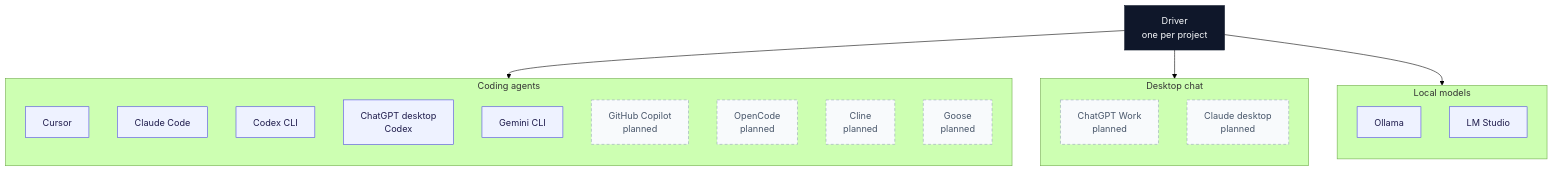
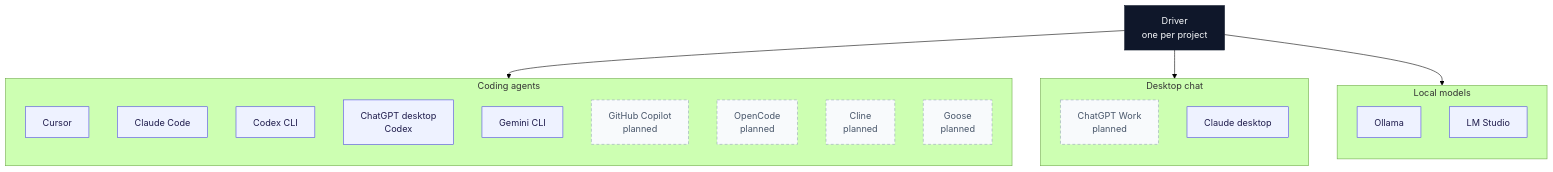
Before and after one commit to zlatko-lakisic/agent-coop: the diagram in README.md, drawn with Mermaid (forest theme). The commit also changed other lines of this file and 26 other files, not shown here.

Commit message:
Add Claude desktop as an outbox helper.

````diff
--- a/README.md
+++ b/README.md
@@ -19,41 +19,41 @@
 ```mermaid
 flowchart TB
   driver["Driver<br/>one per project"]
 
   driver --> codingAgents
   driver --> desktopChat
   driver --> localModels
 
   subgraph codingAgents["Coding agents"]
     direction TB
     cursor["Cursor"]
     claude["Claude Code"]
     codex["Codex CLI"]
     chatgpt["ChatGPT desktop<br/>Codex"]
     gemini["Gemini CLI"]
     copilot["GitHub Copilot<br/>planned"]
     opencode["OpenCode<br/>planned"]
     cline["Cline<br/>planned"]
     goose["Goose<br/>planned"]
   end
 
   subgraph desktopChat["Desktop chat"]
     direction TB
     work["ChatGPT Work<br/>planned"]
-    desktop["Claude desktop<br/>planned"]
+    desktop["Claude desktop"]
   end
 
   subgraph localModels["Local models"]
     direction TB
     ollama["Ollama"]
     lmstudio["LM Studio"]
   end
 
   classDef role fill:#0f172a,stroke:#0f172a,color:#f8fafc
   classDef helper fill:#eef2ff,stroke:#4f46e5,color:#1e1b4b
   classDef soon fill:#f8fafc,stroke:#94a3b8,color:#475569,stroke-dasharray:5 4
 
   class driver role
-  class cursor,claude,codex,chatgpt,gemini,ollama,lmstudio helper
-  class copilot,opencode,cline,goose,work,desktop soon
+  class cursor,claude,codex,chatgpt,gemini,ollama,lmstudio,desktop helper
+  class copilot,opencode,cline,goose,work soon
 ```
````
